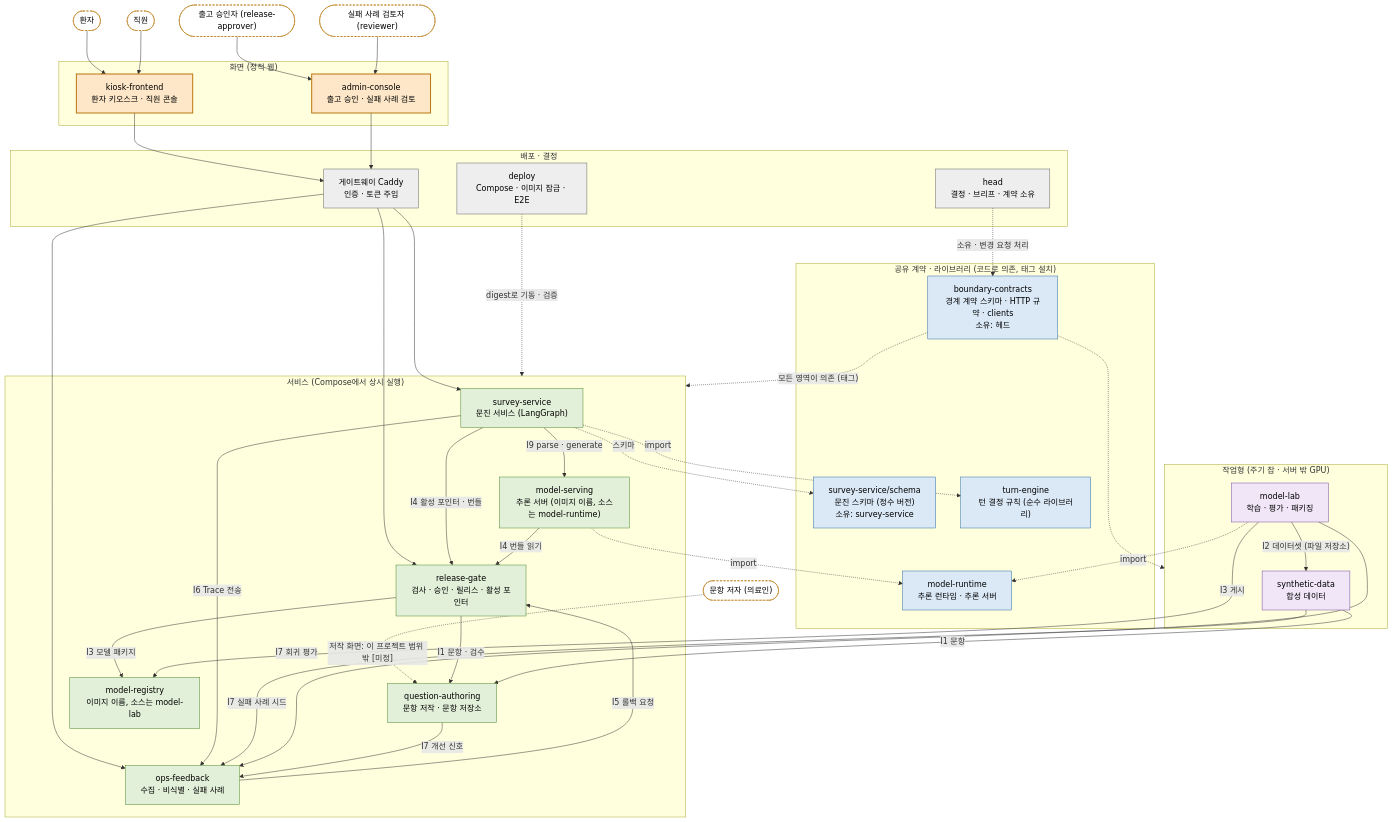
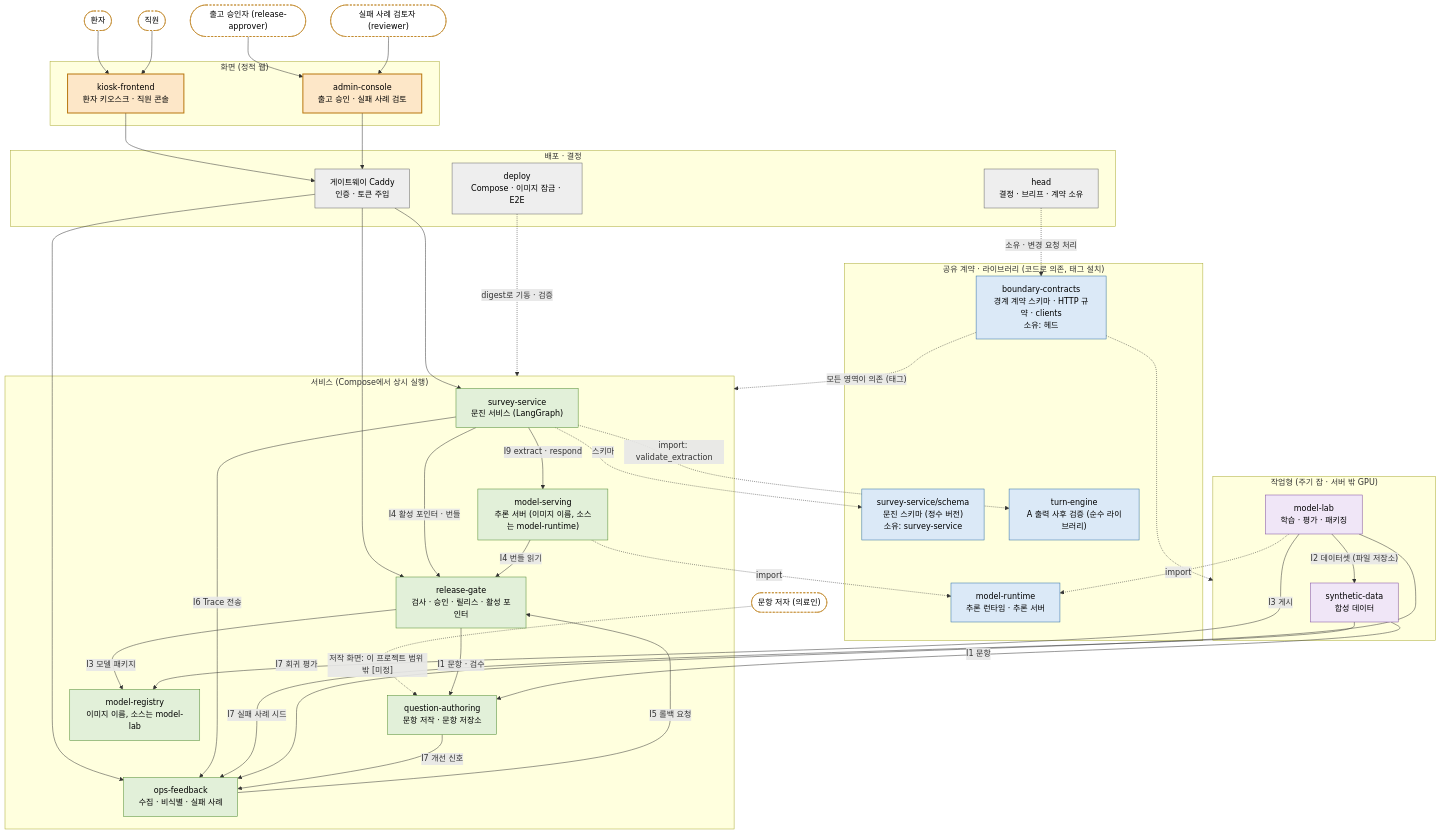
Before and after one commit to Sdabin1209/openit_head: the first of 12 diagrams in docs/architecture.md, drawn with Mermaid. The commit also changed other lines of this file and 6 other files, not shown here.

````diff
--- a/docs/architecture.md
+++ b/docs/architecture.md
@@ -46,81 +46,81 @@
 ```mermaid
 flowchart TB
   classDef edge fill:#fde7c8,stroke:#b9770e,stroke-width:2px,color:#000
   classDef lib fill:#dbe9f7,stroke:#2e6da4,color:#000
   classDef svc fill:#e2f0d9,stroke:#4f8a2f,color:#000
   classDef job fill:#f0e6f7,stroke:#7d4ba0,color:#000
   classDef dep fill:#eeeeee,stroke:#666,color:#000
   classDef human fill:#fff,stroke:#b9770e,stroke-dasharray:4 3,color:#000
 
   subgraph SHARED["공유 계약 · 라이브러리 (코드로 의존, 태그 설치)"]
     BC["boundary-contracts<br/>경계 계약 스키마 · HTTP 규약 · clients<br/>소유: 헤드"]:::lib
     SCH["survey-service/schema<br/>문진 스키마 (정수 버전)<br/>소유: survey-service"]:::lib
-    TE["turn-engine<br/>턴 결정 규칙 (순수 라이브러리)"]:::lib
+    TE["turn-engine<br/>A 출력 사후 검증 (순수 라이브러리)"]:::lib
     MR["model-runtime<br/>추론 런타임 · 추론 서버"]:::lib
   end
 
   subgraph SERV["서비스 (Compose에서 상시 실행)"]
     SS["survey-service<br/>문진 서비스 (LangGraph)"]:::svc
     MS["model-serving<br/>추론 서버 (이미지 이름, 소스는 model-runtime)"]:::svc
     RG["release-gate<br/>검사 · 승인 · 릴리스 · 활성 포인터"]:::svc
     QA["question-authoring<br/>문항 저작 · 문항 저장소"]:::svc
     OF["ops-feedback<br/>수집 · 비식별 · 실패 사례"]:::svc
     REG["model-registry<br/>이미지 이름, 소스는 model-lab"]:::svc
   end
 
   subgraph JOBS["작업형 (주기 잡 · 서버 밖 GPU)"]
     SD["synthetic-data<br/>합성 데이터"]:::job
     ML["model-lab<br/>학습 · 평가 · 패키징"]:::job
   end
 
   subgraph SCREEN["화면 (정적 웹)"]
     KF["kiosk-frontend<br/>환자 키오스크 · 직원 콘솔"]:::edge
     AC["admin-console<br/>출고 승인 · 실패 사례 검토"]:::edge
   end
 
   subgraph DEPLOYG["배포 · 결정"]
     GW["게이트웨이 Caddy<br/>인증 · 토큰 주입"]:::dep
     DP["deploy<br/>Compose · 이미지 잠금 · E2E"]:::dep
     HD["head<br/>결정 · 브리프 · 계약 소유"]:::dep
   end
 
   P(["환자"]):::human
   ST(["직원"]):::human
   AP(["출고 승인자 (release-approver)"]):::human
   RV(["실패 사례 검토자 (reviewer)"]):::human
   AU(["문항 저자 (의료인)"]):::human
 
   P --> KF
   ST --> KF
   AP --> AC
   RV --> AC
   KF --> GW
   AC --> GW
   GW --> SS
   GW --> RG
   GW --> OF
   AU -.->|"저작 화면: 이 프로젝트 범위 밖 [미정]"| QA
 
-  SS -->|"I9 parse · generate"| MS
+  SS -->|"I9 extract · respond"| MS
   SS -->|"I4 활성 포인터 · 번들"| RG
   SS -->|"I6 Trace 전송"| OF
   MS -->|"I4 번들 읽기"| RG
   RG -->|"I1 문항 · 검수"| QA
   RG -->|"I3 모델 패키지"| REG
   ML -->|"I3 게시"| REG
   SD -->|"I1 문항"| QA
   ML -->|"I2 데이터셋 (파일 저장소)"| SD
   OF -->|"I5 롤백 요청"| RG
   SD -->|"I7 실패 사례 시드"| OF
   ML -->|"I7 회귀 평가"| OF
   QA -->|"I7 개선 신호"| OF
 
-  SS -.->|"import"| TE
+  SS -.->|"import: validate_extraction"| TE
   SS -.->|"스키마"| SCH
   MS -.->|"import"| MR
   ML -.->|"import"| MR
   BC -.->|"모든 영역이 의존 (태그)"| SERV
   BC -.-> JOBS
   DP -.->|"digest로 기동 · 검증"| SERV
   HD -.->|"소유 · 변경 요청 처리"| BC
 ```
````
